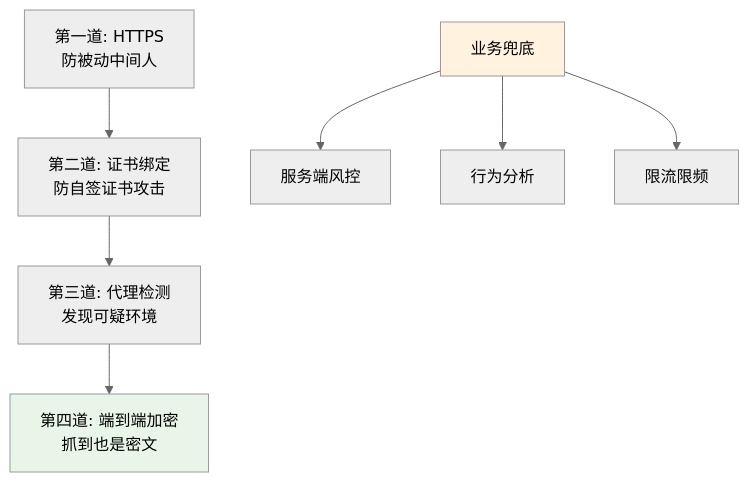
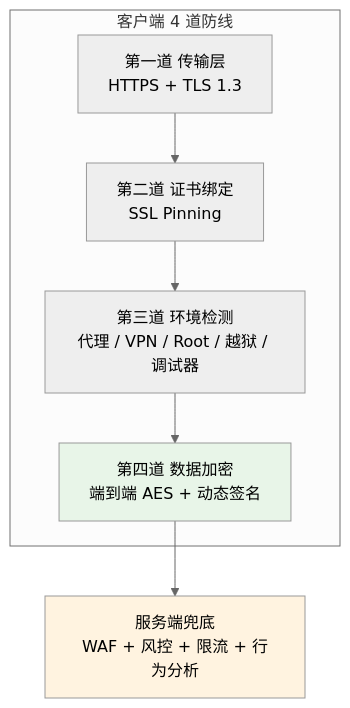
One commit to chongyang211/YCBookBlog changed the fourth of 10 diagrams in docs/10.真经/05.方案设计思想/17.移动端防抓包实践.md. Above: the diagram before and after it, drawn with Mermaid (neutral theme). The commit also changed other lines of this file and 36 other files, not shown here.

````diff
--- a/docs/10.真经/05.方案设计思想/17.移动端防抓包实践.md
+++ b/docs/10.真经/05.方案设计思想/17.移动端防抓包实践.md
@@ -202,17 +213,13 @@
 ```mermaid
 graph TB
-    L1[第一道: HTTPS<br/>防被动中间人]
-    L2[第二道: 证书绑定<br/>防自签证书攻击]
-    L3[第三道: 代理检测<br/>发现可疑环境]
-    L4[第四道: 端到端加密<br/>抓到也是密文]
-    
+    subgraph 客户端 4 道防线
+        L1[第一道 传输层<br/>HTTPS + TLS 1.3]
+        L2[第二道 证书绑定<br/>SSL Pinning]
+        L3[第三道 环境检测<br/>代理 / VPN / Root / 越狱 / 调试器]
+        L4[第四道 数据加密<br/>端到端 AES + 动态签名]
+    end
     L1 --> L2 --> L3 --> L4
-    
-    Bonus[业务兜底]
-    Bonus --> B1[服务端风控]
-    Bonus --> B2[行为分析]
-    Bonus --> B3[限流限频]
-    
+    L4 --> Srv[服务端兜底<br/>WAF + 风控 + 限流 + 行为分析]
     style L4 fill:#e8f5e8
-    style Bonus fill:#fff3e0
+    style Srv fill:#fff3e0
 ```
````
